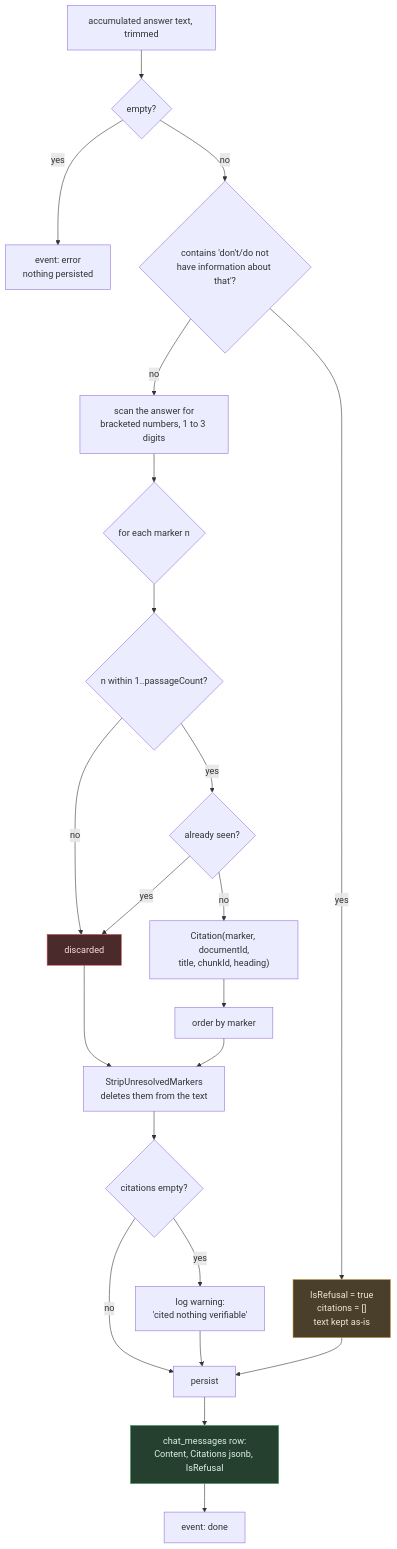
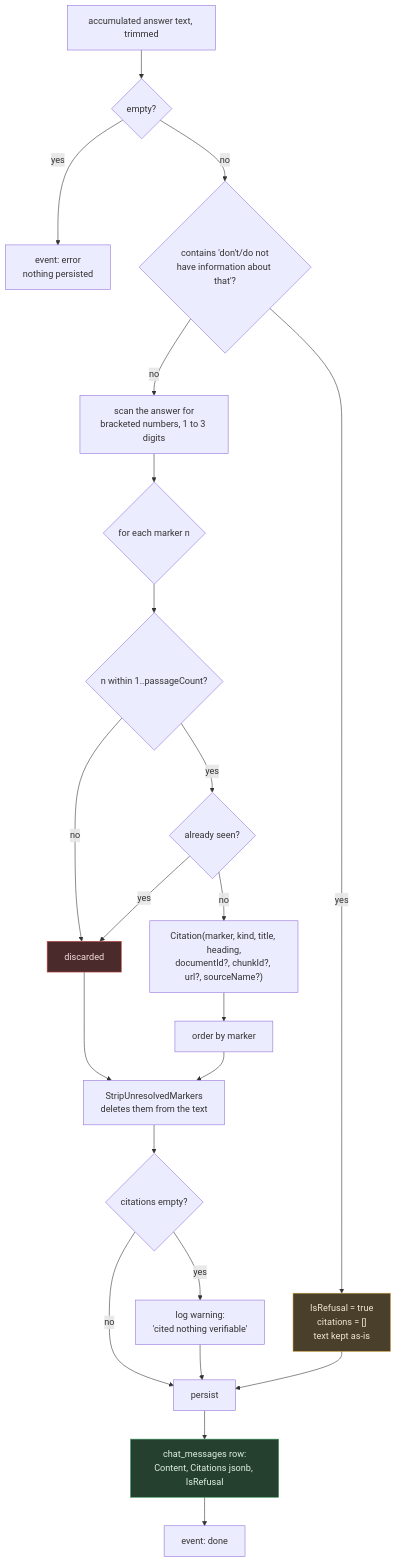
One commit to AnushxD/Knowledge-Hub changed the seventh of 7 diagrams in chat-pipeline.md. Above: the diagram before and after it, drawn with Mermaid. The commit also changed other lines of this file and 3 other files, not shown here.

````diff
--- a/chat-pipeline.md
+++ b/chat-pipeline.md
@@ -543,32 +543,32 @@
 ```mermaid
 flowchart TD
     A["accumulated answer text, trimmed"] --> B{"empty?"}
     B -->|yes| B1["event: error<br/>nothing persisted"]
     B -->|no| C{"contains 'don't/do not<br/>have information about that'?"}
 
     C -->|yes| D["IsRefusal = true<br/>citations = []<br/>text kept as-is"]
 
     C -->|no| E["scan the answer for<br/>bracketed numbers, 1 to 3 digits"]
     E --> F{"for each marker n"}
     F --> G{"n within 1..passageCount?"}
     G -->|no| H["discarded"]
     G -->|yes| I{"already seen?"}
     I -->|yes| H
-    I -->|no| J["Citation(marker, documentId,<br/>title, chunkId, heading)"]
+    I -->|no| J["Citation(marker, kind, title, heading,<br/>documentId?, chunkId?, url?, sourceName?)"]
 
     J --> K["order by marker"]
     H --> L["StripUnresolvedMarkers<br/>deletes them from the text"]
     K --> L
     L --> M{"citations empty?"}
     M -->|yes| M1["log warning:<br/>'cited nothing verifiable'"]
     M -->|no| N["persist"]
     M1 --> N
     D --> N
 
     N --> O["chat_messages row:<br/>Content, Citations jsonb, IsRefusal"]
     O --> P["event: done"]
 
     style D fill:#4a3f2a,stroke:#c99a3b,color:#f0e6d2
     style H fill:#4a2a2a,stroke:#c94b4b,color:#f5dede
     style O fill:#25402f,stroke:#3f9c62,color:#dff0e5
 ```
````
